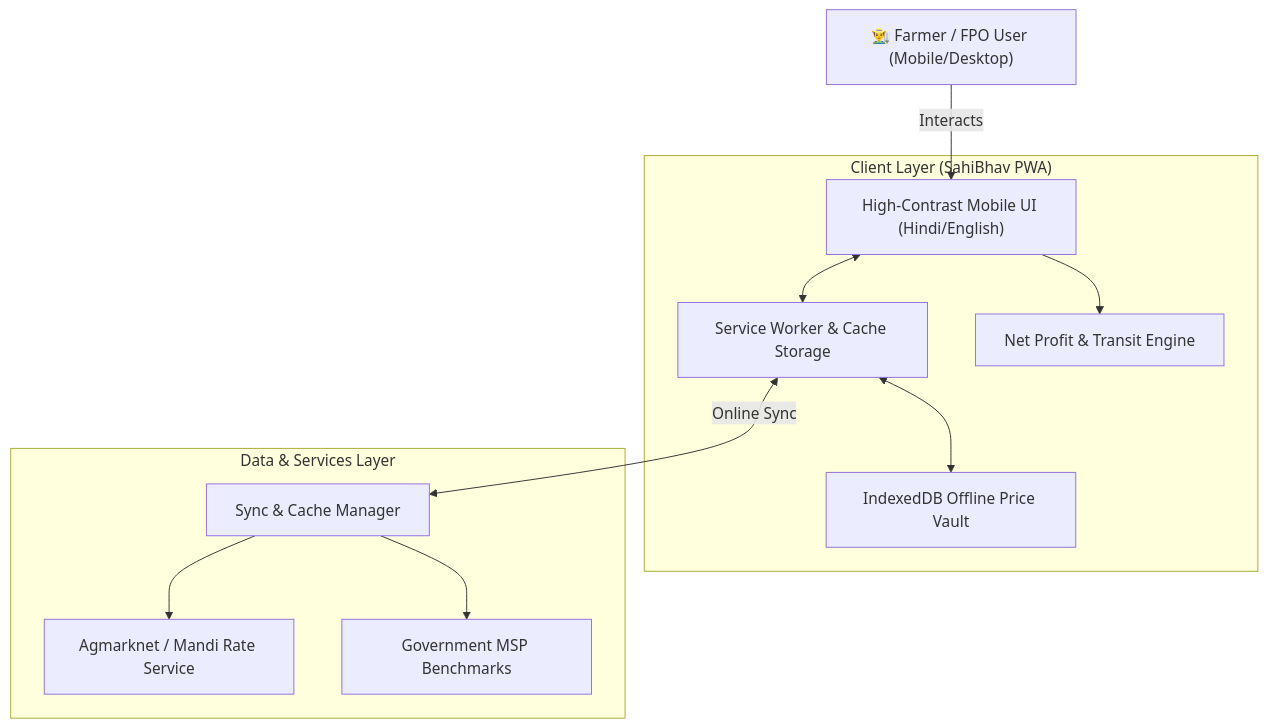
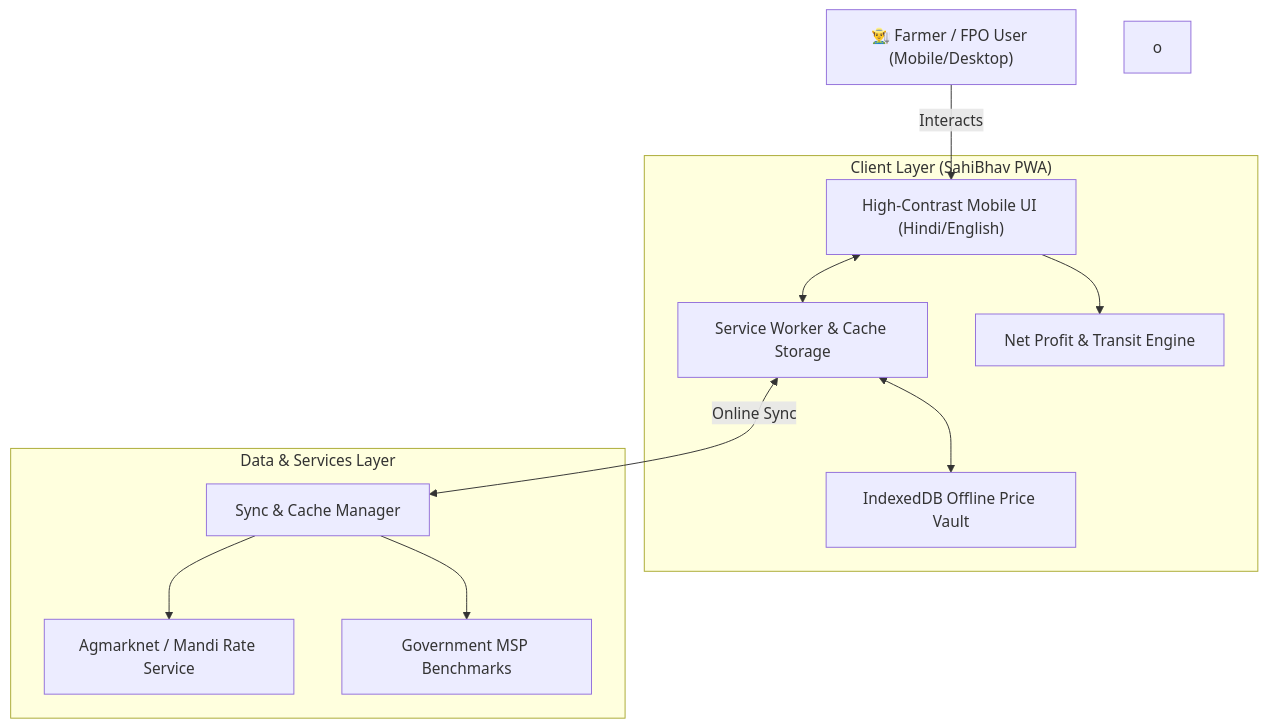
One commit to vijaydotin/Sahi-Bhav changed the diagram in README.md. Above: the diagram before and after it, drawn with Mermaid.

Commit message:
core commit

````diff
--- a/README.md
+++ b/README.md
@@ -48,25 +48,25 @@
 ```mermaid
 graph TD
     User["👨‍🌾 Farmer / FPO User (Mobile/Desktop)"]
     
     subgraph Client ["Client Layer (SahiBhav PWA)"]
         UI["High-Contrast Mobile UI (Hindi/English)"]
         SW["Service Worker & Cache Storage"]
         IDB["IndexedDB Offline Price Vault"]
         CalcEngine["Net Profit & Transit Engine"]
     end
 
     subgraph Data ["Data & Services Layer"]
         SyncManager["Sync & Cache Manager"]
         PriceAPI["Agmarknet / Mandi Rate Service"]
         MSPData["Government MSP Benchmarks"]
-    end
+    end o
 
     User -->|Interacts| UI
     UI --> CalcEngine
     UI <--> SW
     SW <--> IDB
     SW <-->|Online Sync| SyncManager
     SyncManager --> PriceAPI
     SyncManager --> MSPData
 ```
````
